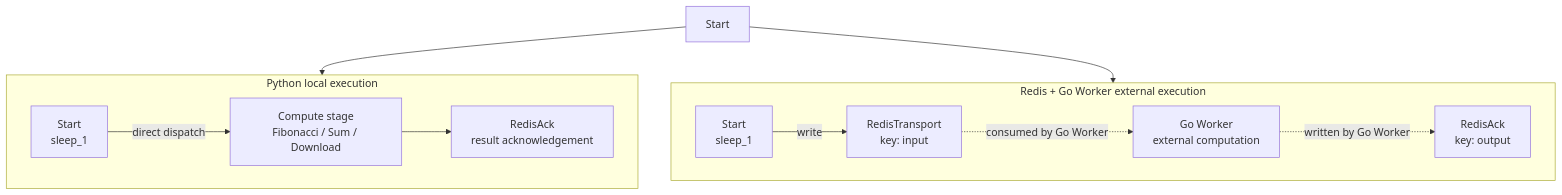
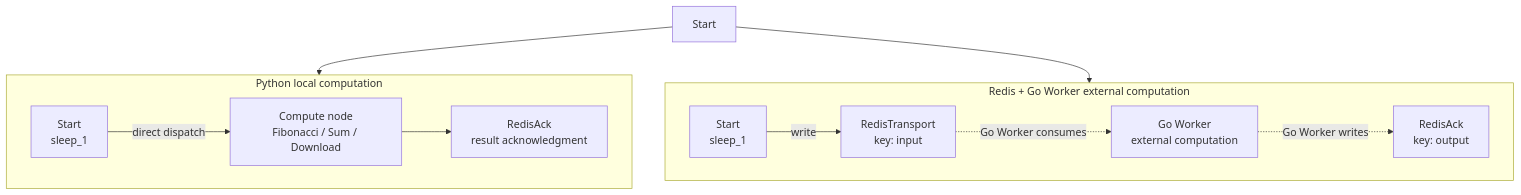
Before and after one commit to Mr-xiaotian/CelestialFlow: the second of 3 diagrams in docs/en/demo/demo_stages.md, drawn with Mermaid. The commit also changed other lines of this file and 278 other files, not shown here.

````diff
--- a/docs/en/demo/demo_stages.md
+++ b/docs/en/demo/demo_stages.md
@@ -42,18 +37,18 @@
 ```mermaid
 flowchart TB
-    subgraph Python["Python local execution"]
+    subgraph Python["Python local computation"]
         direction LR
-        Start["Start<br/>sleep_1"] -->|direct dispatch| Compute["Compute stage<br/>Fibonacci / Sum / Download"]
-        Compute --> Ack["RedisAck<br/>result acknowledgement"]
+        Start["Start<br/>sleep_1"] -->|direct dispatch| Compute["Compute node<br/>Fibonacci / Sum / Download"]
+        Compute --> Ack["RedisAck<br/>result acknowledgment"]
     end
 
-    subgraph GoWorker["Redis + Go Worker external execution"]
+    subgraph GoWorker["Redis + Go Worker external computation"]
         direction LR
         StartGo["Start<br/>sleep_1"] -->|write| Transport["RedisTransport<br/>key: input"]
-        Transport -.->|consumed by Go Worker| GoCalc["Go Worker<br/>external computation"]
-        GoCalc -.->|written by Go Worker| GoAck["RedisAck<br/>key: output"]
+        Transport -.->|Go Worker consumes| GoCalc["Go Worker<br/>external computation"]
+        GoCalc -.->|Go Worker writes| GoAck["RedisAck<br/>key: output"]
     end
 
     PythonStart["Start"] --> Python
     PythonStart --> GoWorker
 ```
````
